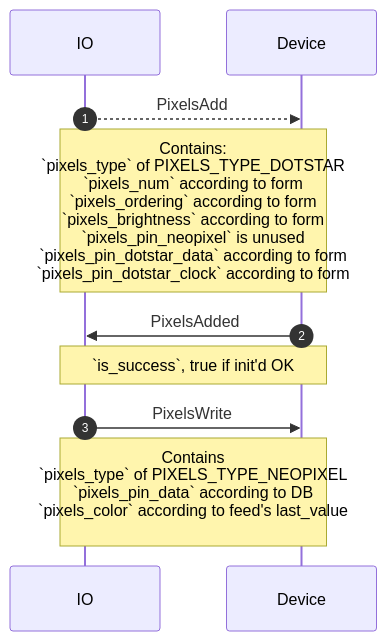
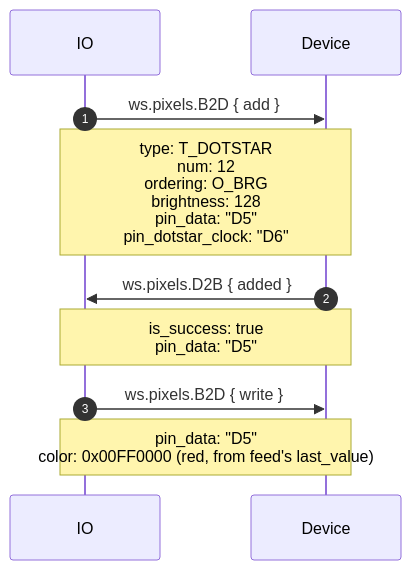
Before and after one commit to adafruit/Wippersnapper_Protobuf: the tenth of 10 diagrams in proto/wippersnapper/docs/pixels.md, drawn with Mermaid. The commit also changed other lines of this file and 10 other files, not shown here.

````diff
--- a/proto/wippersnapper/docs/pixels.md
+++ b/proto/wippersnapper/docs/pixels.md
@@ -111,10 +174,12 @@
 ```mermaid
 sequenceDiagram
 autonumber
-IO-->>Device: PixelsAdd
-Note over IO, Device: Contains:<br> `pixels_type` of PIXELS_TYPE_DOTSTAR<br>`pixels_num` according to form<br>`pixels_ordering` according to form<br> `pixels_brightness` according to form <br>`pixels_pin_neopixel` is unused<br> `pixels_pin_dotstar_data` according to form<br>`pixels_pin_dotstar_clock` according to form
-Device->>IO: PixelsAdded
-Note over Device,IO: `is_success`, true if init'd OK
-IO->>Device: PixelsWrite
-Note over IO, Device: Contains<br> `pixels_type` of PIXELS_TYPE_NEOPIXEL<br>`pixels_pin_data` according to DB<br>`pixels_color` according to feed's last_value<br>
+IO->>Device: ws.pixels.B2D { add }
+Note over IO, Device: type: T_DOTSTAR<br/>num: 12<br/>ordering: O_BRG<br/>brightness: 128<br/>pin_data: "D5"<br/>pin_dotstar_clock: "D6"
+
+Device->>IO: ws.pixels.D2B { added }
+Note over Device,IO: is_success: true<br/>pin_data: "D5"
+
+IO->>Device: ws.pixels.B2D { write }
+Note over IO, Device: pin_data: "D5"<br/>color: 0x00FF0000 (red, from feed's last_value)
 ```
````
